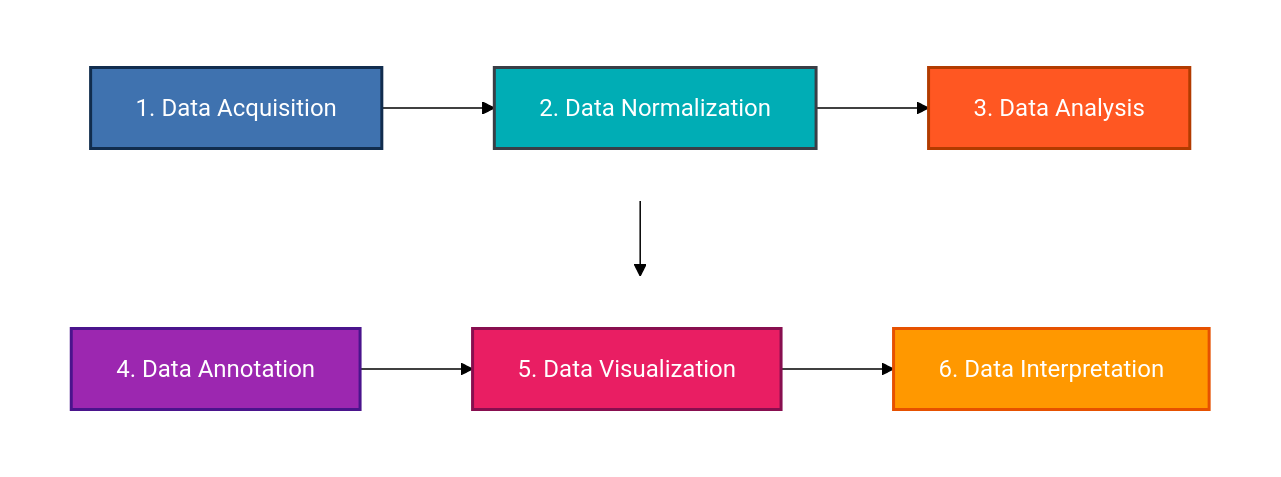
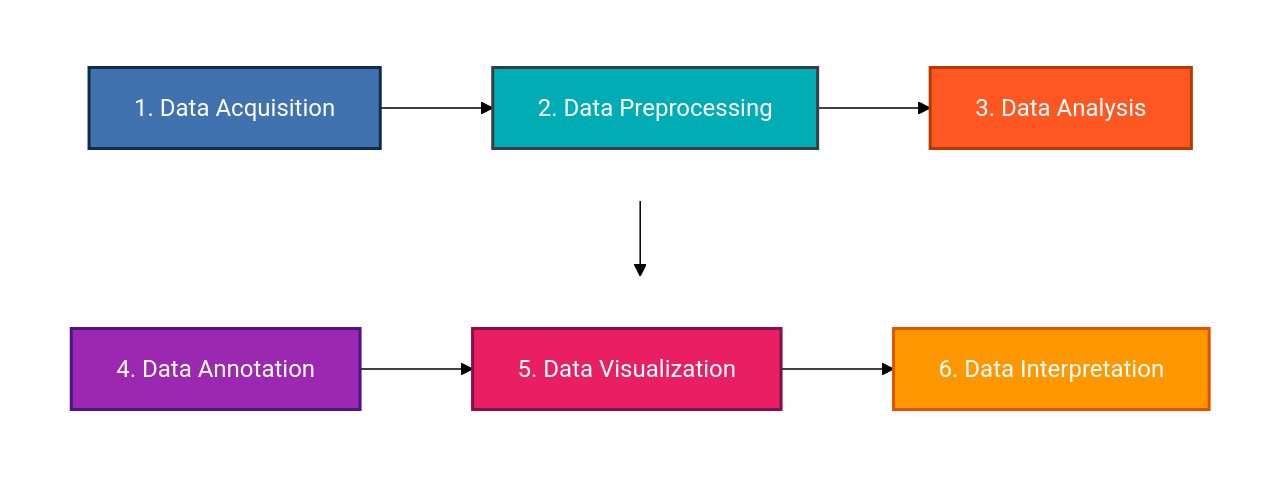
Before and after one commit to JoseManurung/PDAC-PNI-Transcriptomics-Analysis: the diagram in README.md, drawn with Mermaid (forest theme). The commit also changed other lines of this file, not shown here.

````diff
--- a/README.md
+++ b/README.md
@@ -84,31 +84,31 @@
 ```mermaid
 graph TD
     %% Top Row: Steps 1 to 4 (Flowing Left to Right)
     subgraph Row1 [ ]
         direction LR
-        S1["1. Data Acquisition"] --> S2["2. Data Normalization"]
+        S1["1. Data Acquisition"] --> S2["2. Data Preprocessing"]
         S2 --> S3["3. Data Analysis"]
     end
 
     %% Vertical connector from Step 3 down to Step 4
     S3 --> S4
 
     %% Bottom Row: Steps 4 to 6 (Flowing Right to Left)
     subgraph Row2 [ ]
         direction LR
         S4["4. Data Annotation"] --> S5["5. Data Visualization"]
         S5 --> S6["6. Data Interpretation"]
     end
 
     %% Creative Colorful Styling for Each Step
     style S1 fill:#3f72af,color:#fff,stroke:#112d4e,stroke-width:2px
     style S2 fill:#00adb5,color:#fff,stroke:#393e46,stroke-width:2px
     style S3 fill:#ff5722,color:#fff,stroke:#b23b00,stroke-width:2px
     style S4 fill:#9c27b0,color:#fff,stroke:#4a148c,stroke-width:2px
     style S5 fill:#e91e63,color:#fff,stroke:#880e4f,stroke-width:2px
     style S6 fill:#ff9800,color:#fff,stroke:#e65100,stroke-width:2px
 
     %% Remove subgraph borders and background for a clean layout
     style Row1 fill:transparent,stroke:none
     style Row2 fill:transparent,stroke:none
 ```
````
